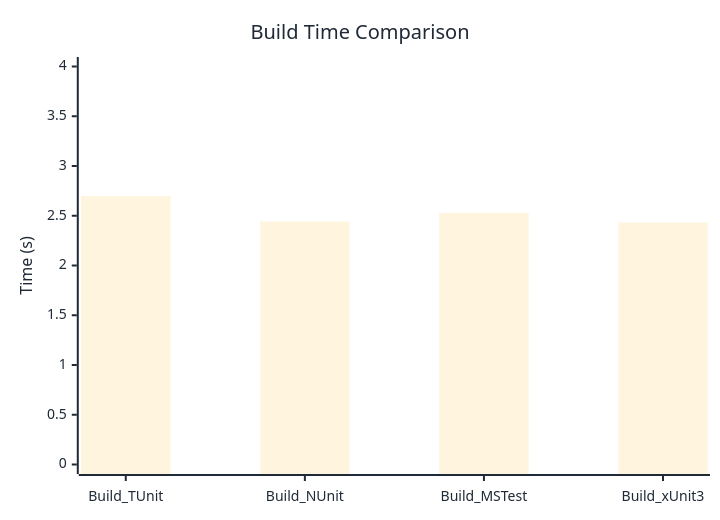
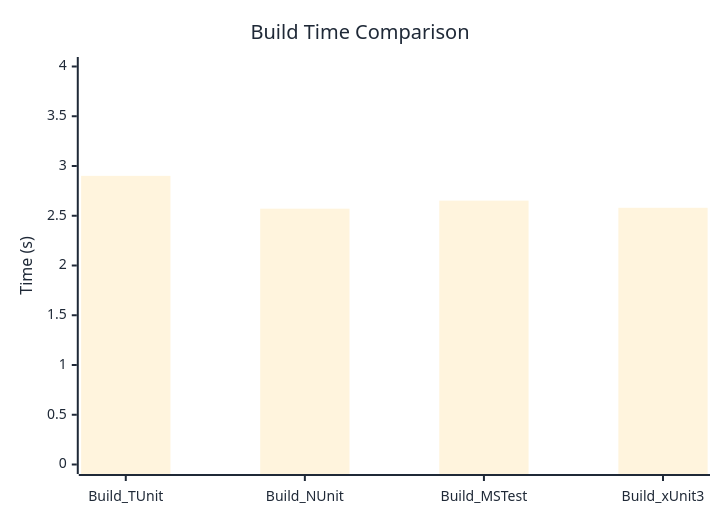
Before and after one commit to thomhurst/TUnit: the diagram in docs/docs/benchmarks/BuildTime.md, drawn with Mermaid. The commit also changed other lines of this file and 17 other files, not shown here.

````diff
--- a/docs/docs/benchmarks/BuildTime.md
+++ b/docs/docs/benchmarks/BuildTime.md
@@ -28,37 +28,37 @@
 ```mermaid
 %%{init: {
   'theme':'base',
   'themeVariables': {
     'primaryColor': '#2563eb',
     'primaryTextColor': '#1f2937',
     'primaryBorderColor': '#1e40af',
     'lineColor': '#6b7280',
     'secondaryColor': '#7c3aed',
     'tertiaryColor': '#dc2626',
     'background': '#ffffff',
     'mainBkg': '#2563eb',
     'secondBkg': '#7c3aed',
     'tertiaryBkg': '#dc2626',
     'clusterBkg': '#f3f4f6',
     'edgeLabelBackground': '#ffffff',
     'tertiaryTextColor': '#1f2937',
     'pie1': '#2563eb',
     'pie2': '#7c3aed',
     'pie3': '#dc2626',
     'pie4': '#f59e0b',
     'pie5': '#10b981',
     'pie6': '#06b6d4',
     'pie7': '#ec4899',
     'pie8': '#6366f1',
     'pie9': '#84cc16',
     'pie10': '#f97316',
     'pie11': '#14b8a6',
     'pie12': '#a855f7'
   }
 }}%%
 xychart-beta
   title "Build Time Comparison"
   x-axis ["Build_TUnit", "Build_NUnit", "Build_MSTest", "Build_xUnit3"]
   y-axis "Time (s)" 0 --> 4
-  bar [2.697, 2.442, 2.529, 2.432]
+  bar [2.901, 2.571, 2.652, 2.58]
 ```
````
